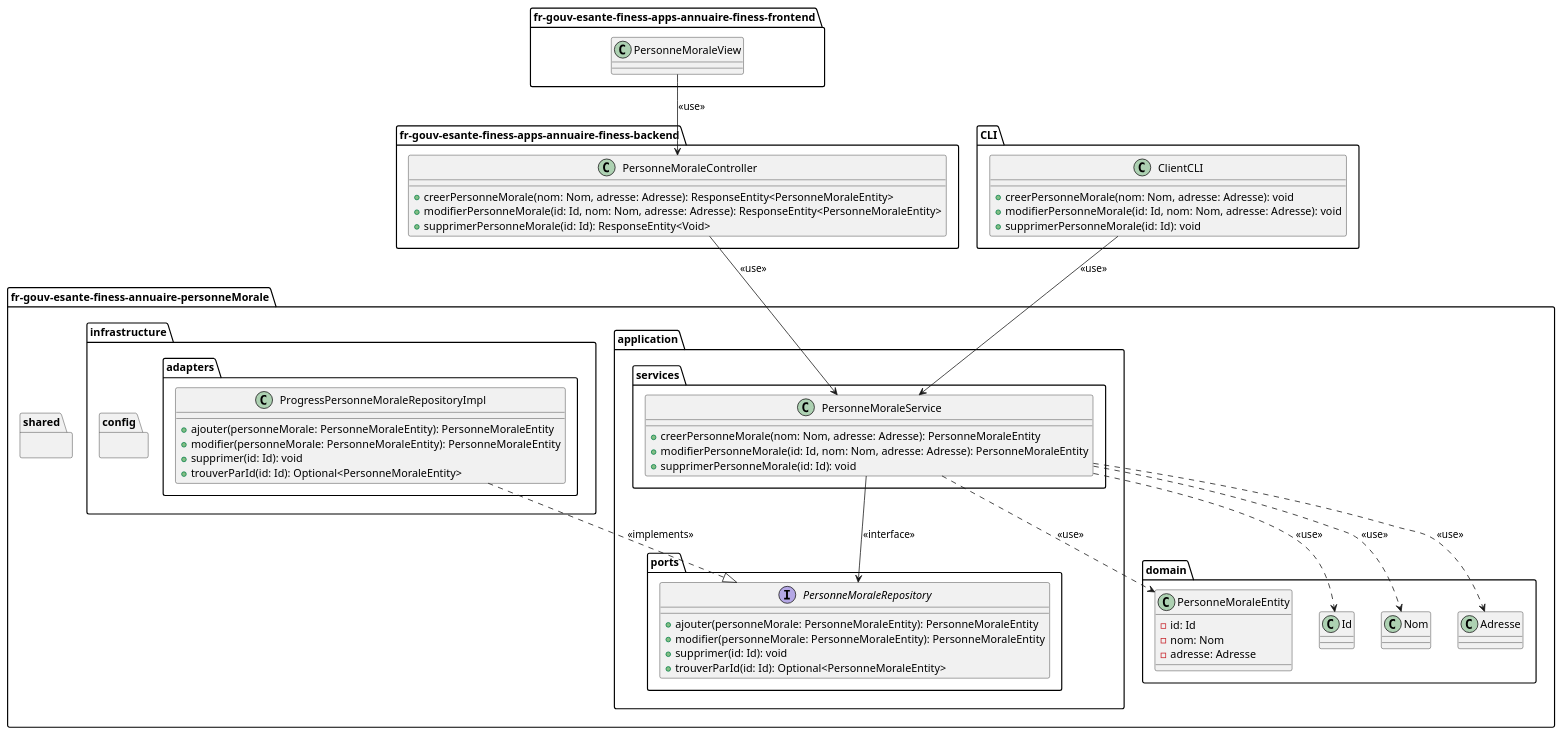
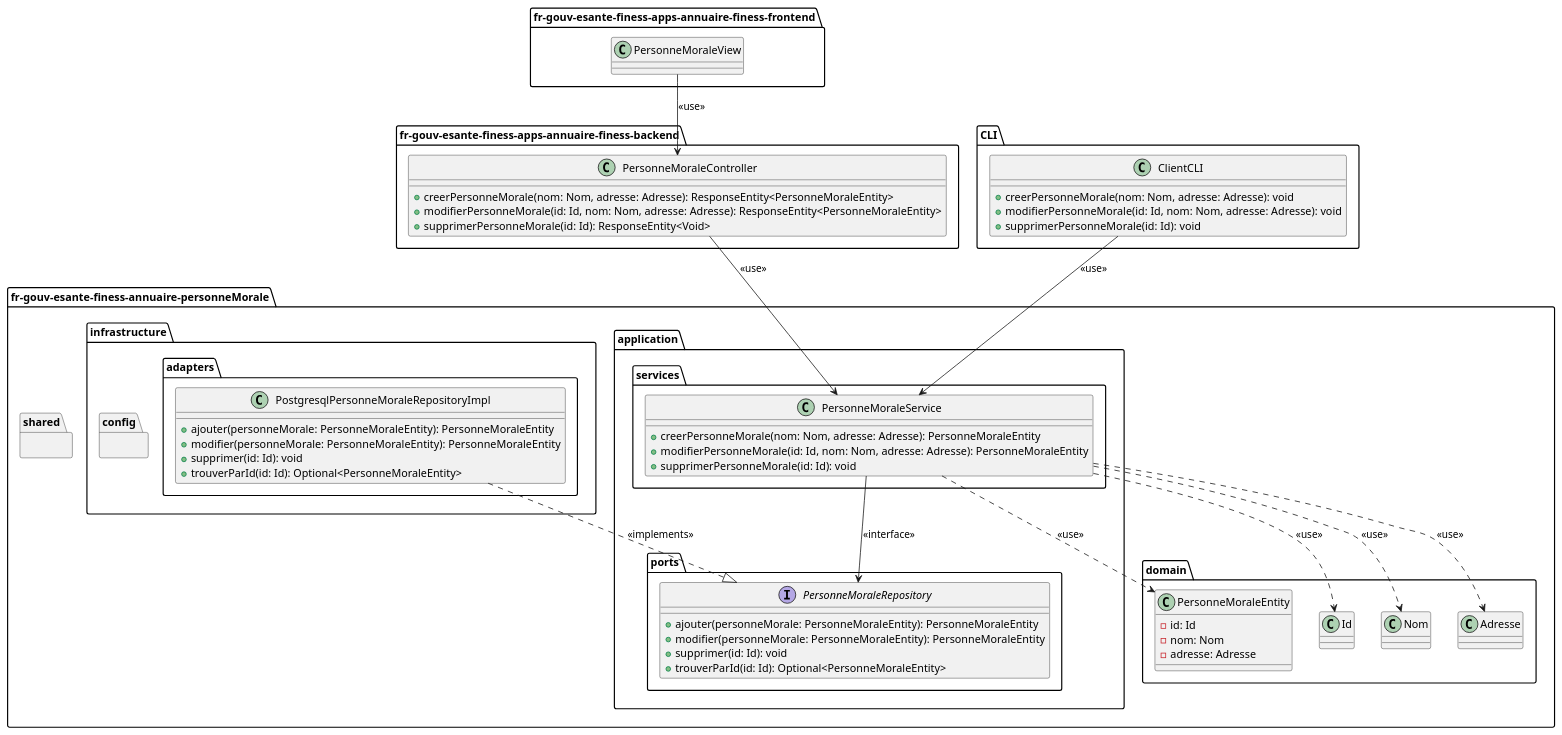
Before and after one commit to ansforge/finess-plus: the diagram in documentation/diagrammes/dal_architecture/HEXAPersonneMorale-class.puml, drawn with PlantUML. The commit also changed 6 other files, not shown here.

Commit message:
*Modification du diagramme de contexte (API GEO, API SIRET) *Correction des fautes d'orthographe *Nouveaux éléments dans le diagramme des microservices

```diff
--- a/documentation/diagrammes/dal_architecture/HEXAPersonneMorale-class.puml
+++ b/documentation/diagrammes/dal_architecture/HEXAPersonneMorale-class.puml
@@ -1,87 +1,87 @@
 @startuml
 
 package "fr-gouv-esante-finess-annuaire-personneMorale" {
 
   package "domain" {
     class PersonneMoraleEntity {
       -id: Id
       -nom: Nom
       -adresse: Adresse
     }
     class Id {}
     class Nom {}
     class Adresse {}
   }
 
   package "application" {
 
     package "services" {
       class PersonneMoraleService {
         +creerPersonneMorale(nom: Nom, adresse: Adresse): PersonneMoraleEntity
         +modifierPersonneMorale(id: Id, nom: Nom, adresse: Adresse): PersonneMoraleEntity
         +supprimerPersonneMorale(id: Id): void
       }
     }
 
     package "ports" {
       interface PersonneMoraleRepository {
         +ajouter(personneMorale: PersonneMoraleEntity): PersonneMoraleEntity
         +modifier(personneMorale: PersonneMoraleEntity): PersonneMoraleEntity
         +supprimer(id: Id): void
         +trouverParId(id: Id): Optional<PersonneMoraleEntity>
       }
     }
 
   }
 
   package "infrastructure" {
 
     package "adapters" {
-      class ProgressPersonneMoraleRepositoryImpl {
+      class PostgresqlPersonneMoraleRepositoryImpl {
         +ajouter(personneMorale: PersonneMoraleEntity): PersonneMoraleEntity
         +modifier(personneMorale: PersonneMoraleEntity): PersonneMoraleEntity
         +supprimer(id: Id): void
         +trouverParId(id: Id): Optional<PersonneMoraleEntity>
       }
     }
 
     package "config" {}
 
   }
 
   package "shared" {}
 
 }
 
 package "fr-gouv-esante-finess-apps-annuaire-finess-backend" {
   class PersonneMoraleController {
     +creerPersonneMorale(nom: Nom, adresse: Adresse): ResponseEntity<PersonneMoraleEntity>
     +modifierPersonneMorale(id: Id, nom: Nom, adresse: Adresse): ResponseEntity<PersonneMoraleEntity>
     +supprimerPersonneMorale(id: Id): ResponseEntity<Void>
   }
 }
 
 package "fr-gouv-esante-finess-apps-annuaire-finess-frontend" {
   class PersonneMoraleView {}
 }
 
 package "CLI" {
   class ClientCLI {
     +creerPersonneMorale(nom: Nom, adresse: Adresse): void
     +modifierPersonneMorale(id: Id, nom: Nom, adresse: Adresse): void
     +supprimerPersonneMorale(id: Id): void
   }
 }
 
 PersonneMoraleService --> PersonneMoraleRepository : <<interface>>
-ProgressPersonneMoraleRepositoryImpl ..|> PersonneMoraleRepository : <<implements>>
+PostgresqlPersonneMoraleRepositoryImpl ..|> PersonneMoraleRepository : <<implements>>
 PersonneMoraleService ..> PersonneMoraleEntity : <<use>>
 PersonneMoraleService ..> Id : <<use>>
 PersonneMoraleService ..> Nom : <<use>>
 PersonneMoraleService ..> Adresse : <<use>>
 
 PersonneMoraleController --> PersonneMoraleService : <<use>>
 PersonneMoraleView --> PersonneMoraleController : <<use>>
 ClientCLI --> PersonneMoraleService : <<use>>
 
 @enduml
```
